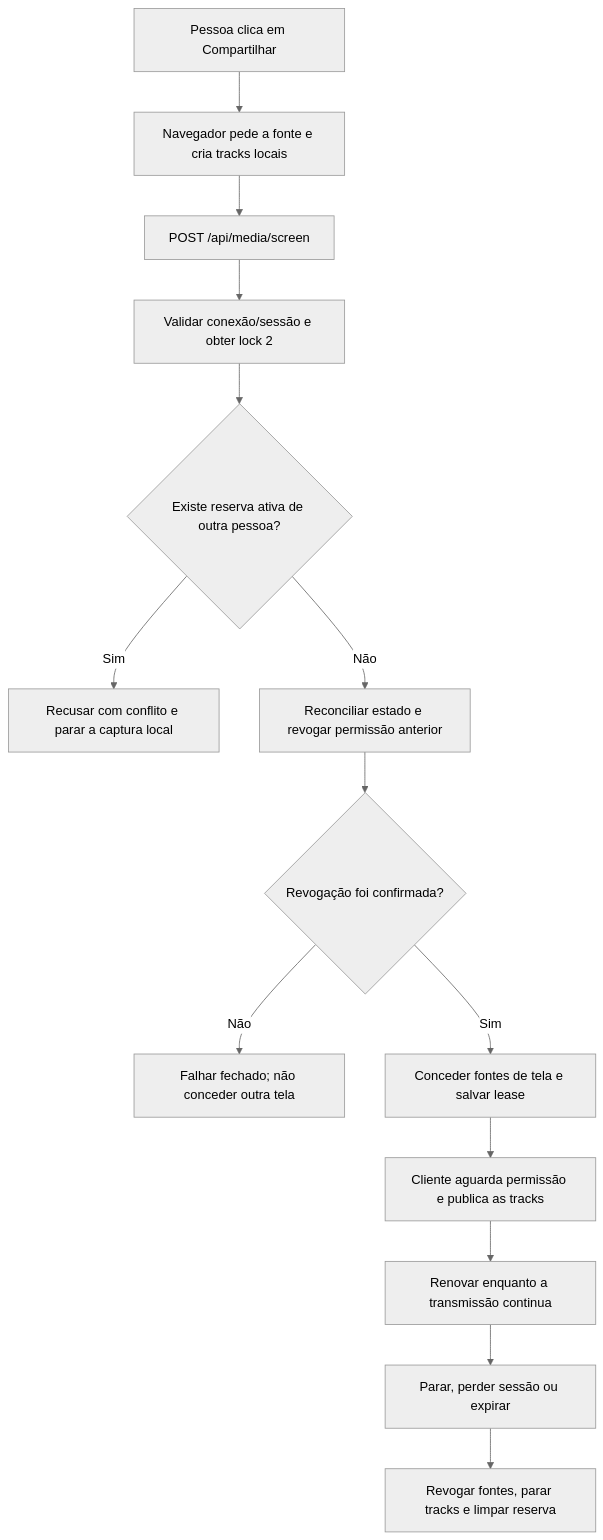
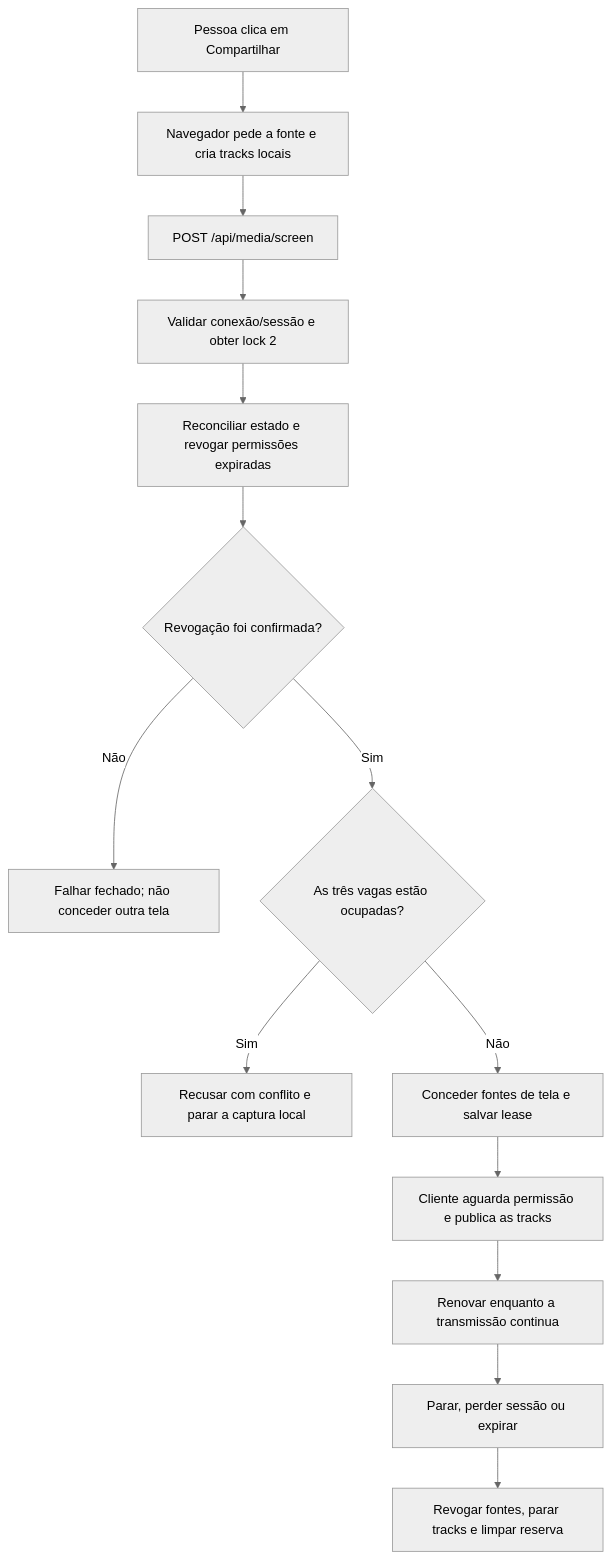
One commit to dhtNEO/chat-friends changed the seventh of 12 diagrams in docs/JUNIOR_DEVELOPER_GUIDE.md. Above: the diagram before and after it, drawn with Mermaid (neutral theme). The commit also changed other lines of this file and 20 other files, not shown here.

````diff
--- a/docs/JUNIOR_DEVELOPER_GUIDE.md
+++ b/docs/JUNIOR_DEVELOPER_GUIDE.md
@@ -659,16 +659,16 @@
 ```mermaid
 flowchart TD
     A["Pessoa clica em Compartilhar"] --> B["Navegador pede a fonte e cria tracks locais"]
     B --> C["POST /api/media/screen"]
     C --> D["Validar conexão/sessão e obter lock 2"]
-    D --> E{"Existe reserva ativa de outra pessoa?"}
-    E -->|"Sim"| F["Recusar com conflito e parar a captura local"]
-    E -->|"Não"| G["Reconciliar estado e revogar permissão anterior"]
+    D --> G["Reconciliar estado e revogar permissões expiradas"]
     G --> H{"Revogação foi confirmada?"}
     H -->|"Não"| I["Falhar fechado; não conceder outra tela"]
-    H -->|"Sim"| J["Conceder fontes de tela e salvar lease"]
+    H -->|"Sim"| E{"As três vagas estão ocupadas?"}
+    E -->|"Sim"| F["Recusar com conflito e parar a captura local"]
+    E -->|"Não"| J["Conceder fontes de tela e salvar lease"]
     J --> K["Cliente aguarda permissão e publica as tracks"]
     K --> L["Renovar enquanto a transmissão continua"]
     L --> M["Parar, perder sessão ou expirar"]
     M --> N["Revogar fontes, parar tracks e limpar reserva"]
 ```
````
